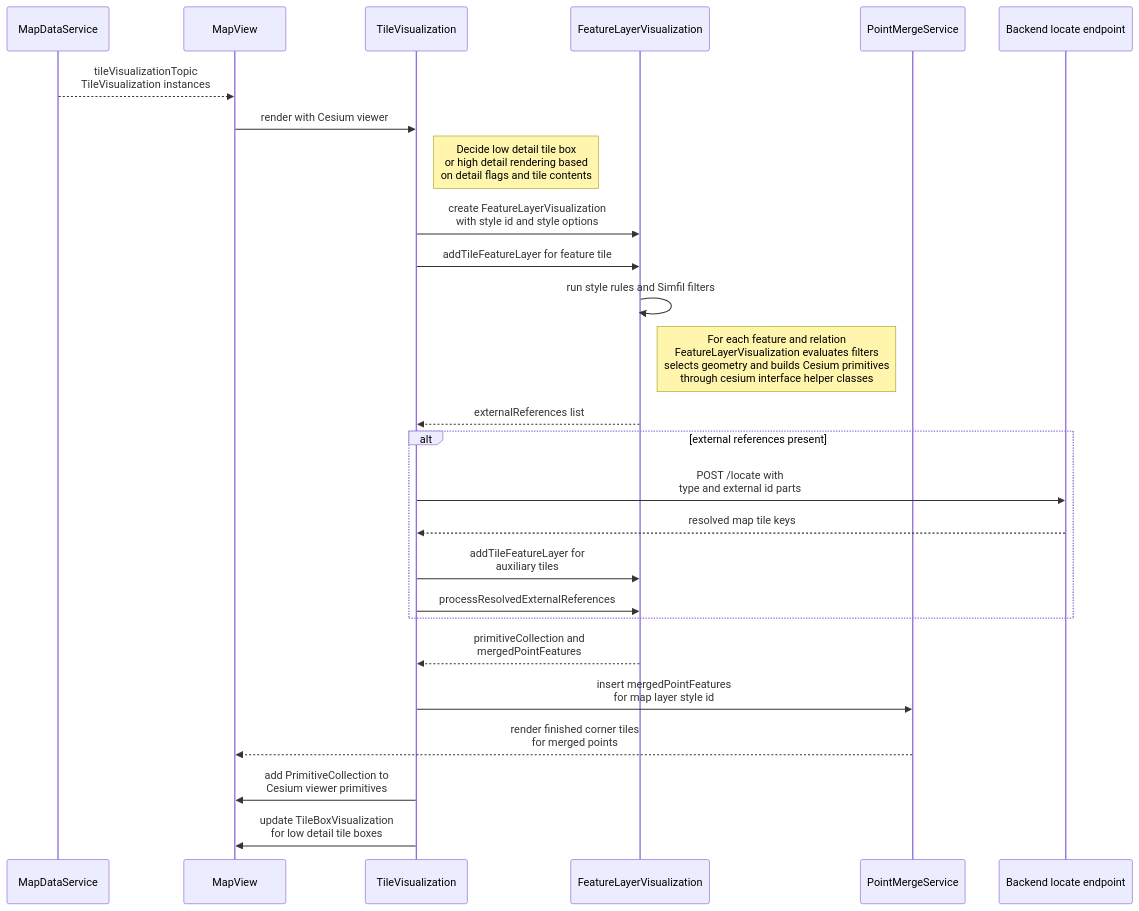
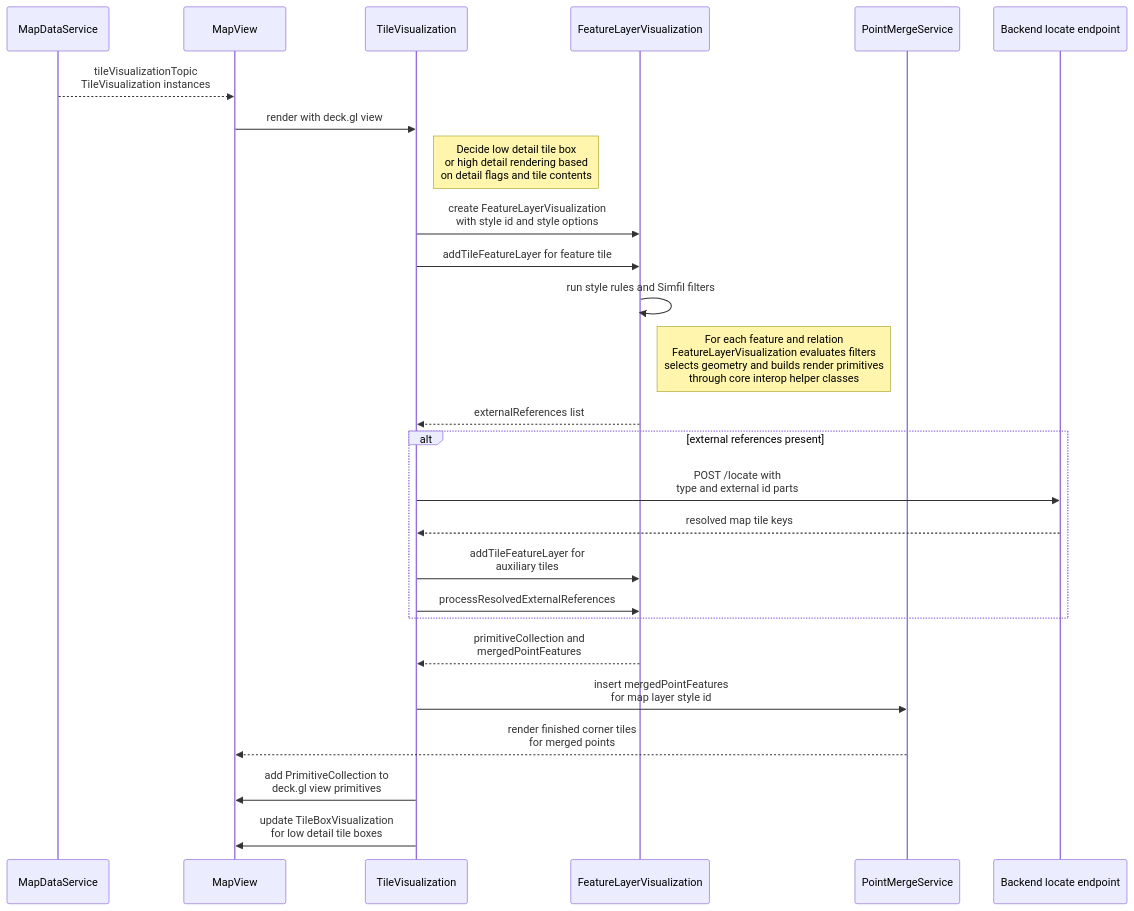
One commit to ndsev/erdblick changed the eighth of 10 diagrams in docs/erdblick-dev-guide.md. Above: the diagram before and after it, drawn with Mermaid. The commit also changed other lines of this file and 108 other files, not shown here.

````diff
--- a/docs/erdblick-dev-guide.md
+++ b/docs/erdblick-dev-guide.md
@@ -380,36 +380,36 @@
 ```mermaid
 sequenceDiagram
   participant MapSvc as MapDataService
   participant View as MapView
   participant TileVis as TileVisualization
   participant Core as FeatureLayerVisualization
   participant PointMerge as PointMergeService
   participant Backend as Backend locate endpoint
 
   MapSvc-->>View: tileVisualizationTopic<br>TileVisualization instances
-  View->>TileVis: render with Cesium viewer
+  View->>TileVis: render with deck.gl view
 
   Note right of TileVis: Decide low detail tile box<br>or high detail rendering based<br>on detail flags and tile contents
 
   TileVis->>Core: create FeatureLayerVisualization<br>with style id and style options
   TileVis->>Core: addTileFeatureLayer for feature tile
   Core->>Core: run style rules and Simfil filters
 
-  Note right of Core: For each feature and relation<br>FeatureLayerVisualization evaluates filters<br>selects geometry and builds Cesium primitives<br>through cesium interface helper classes
+  Note right of Core: For each feature and relation<br>FeatureLayerVisualization evaluates filters<br>selects geometry and builds render primitives<br>through core interop helper classes
 
   Core-->>TileVis: externalReferences list
   alt external references present
     TileVis->>Backend: POST /locate with<br>type and external id parts
     Backend-->>TileVis: resolved map tile keys
     TileVis->>Core: addTileFeatureLayer for<br>auxiliary tiles
     TileVis->>Core: processResolvedExternalReferences
   end
 
   Core-->>TileVis: primitiveCollection and<br>mergedPointFeatures
 
   TileVis->>PointMerge: insert mergedPointFeatures<br>for map layer style id
   PointMerge-->>View: render finished corner tiles<br>for merged points
 
-  TileVis->>View: add PrimitiveCollection to<br>Cesium viewer primitives
+  TileVis->>View: add PrimitiveCollection to<br>deck.gl view primitives
   TileVis->>View: update TileBoxVisualization<br>for low detail tile boxes
 ```
````
